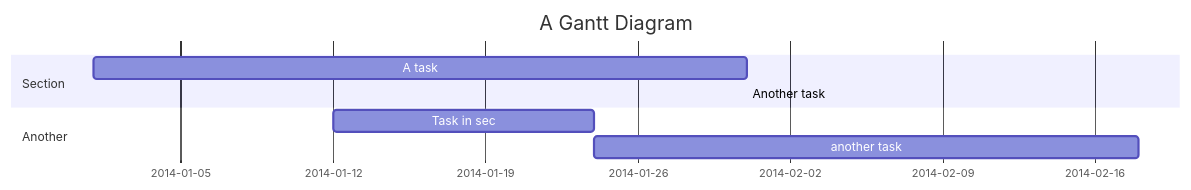
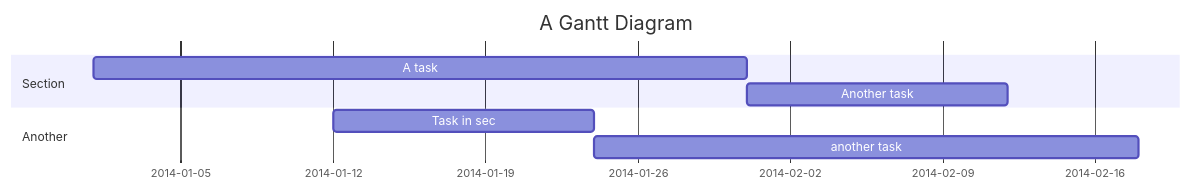
Before and after one commit to clmlaodeng/iodraw-files: the diagram in all/未命名.md, drawn with Mermaid.

Commit message:
2025-06-13 19:50:51 update

````diff
--- a/all/未命名.md
+++ b/all/未命名.md
@@ -1,12 +1,12 @@
 ```mermaid
 gantt
     title A Gantt Diagram
     dateFormat  YYYY-MM-DD
     section Section
     A task           :a1, 2014-01-01, 30d
-    Another task     :after a1  , 00d
+    Another task     :after a1  , 012d
     section Another
     Task in sec      :2014-01-12  , 12d
     another task      : 25d
             
 ```
````
